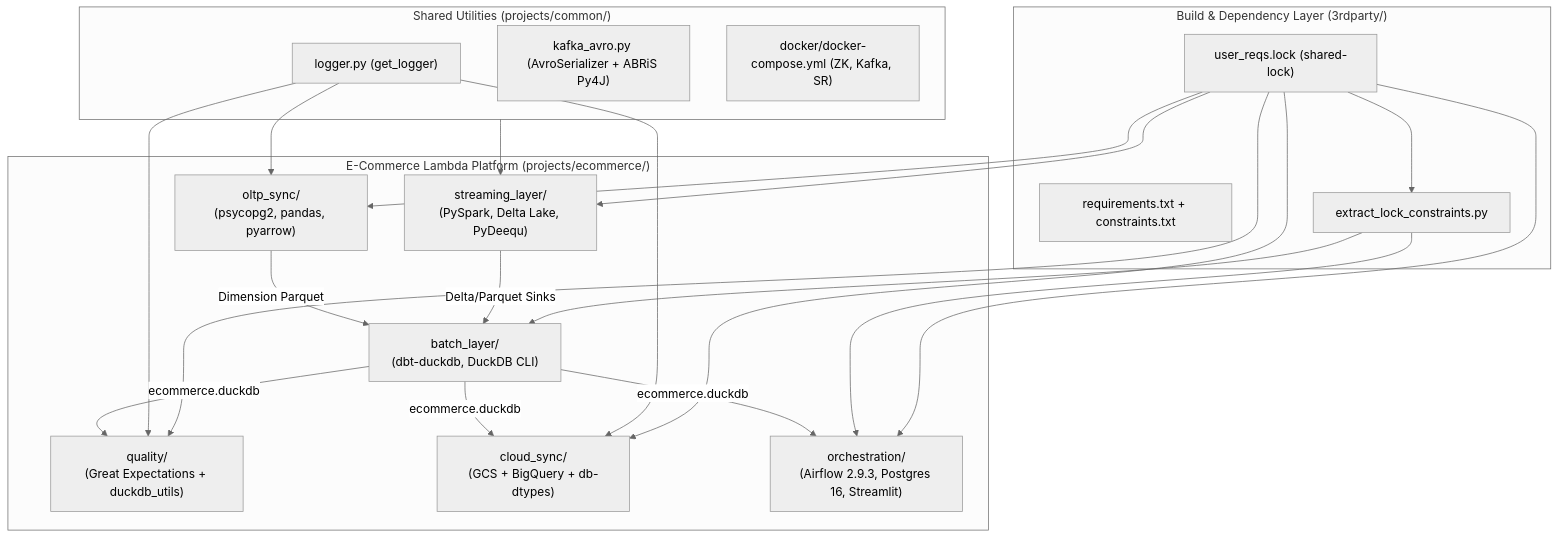
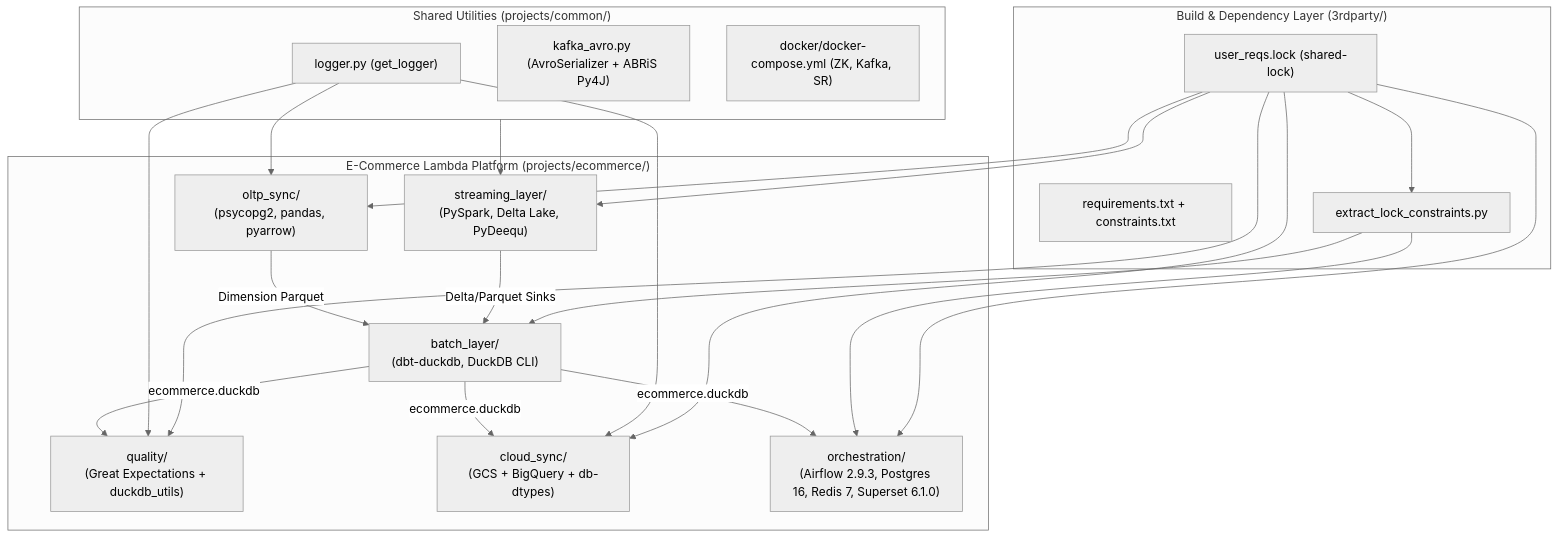
Before and after one commit to JayKay24/data-engineering: the first of 3 diagrams in docs/wiki/Architecture-Overview.md, drawn with Mermaid (neutral theme). The commit also changed other lines of this file and 53 other files, not shown here.

Commit message:
feat(bi): replace Streamlit and Plotly with Apache Superset 6.1.0 and Dashboards-as-Code

````diff
--- a/docs/wiki/Architecture-Overview.md
+++ b/docs/wiki/Architecture-Overview.md
@@ -7,34 +7,34 @@
 ```mermaid
 flowchart TD
   subgraph Root ["Build & Dependency Layer (3rdparty/)"]
     Reqs["requirements.txt + constraints.txt"]
     Lock["user_reqs.lock (shared-lock)"]
     Extractor["extract_lock_constraints.py"]
   end
 
   subgraph Shared ["Shared Utilities (projects/common/)"]
     Logger["logger.py (get_logger)"]
     KafkaAvro["kafka_avro.py (AvroSerializer + ABRiS Py4J)"]
     KafkaDocker["docker/docker-compose.yml (ZK, Kafka, SR)"]
   end
 
   subgraph Platform ["E-Commerce Lambda Platform (projects/ecommerce/)"]
     Stream["streaming_layer/<br/>(PySpark, Delta Lake, PyDeequ)"]
     OLTP["oltp_sync/<br/>(psycopg2, pandas, pyarrow)"]
     Batch["batch_layer/<br/>(dbt-duckdb, DuckDB CLI)"]
     Quality["quality/<br/>(Great Expectations + duckdb_utils)"]
     Cloud["cloud_sync/<br/>(GCS + BigQuery + db-dtypes)"]
-    Orch["orchestration/<br/>(Airflow 2.9.3, Postgres 16, Streamlit)"]
+    Orch["orchestration/<br/>(Airflow 2.9.3, Postgres 16, Redis 7, Superset 6.1.0)"]
   end
 
   Lock --> Extractor
   Lock --> Stream & OLTP & Quality & Cloud & Orch
   Extractor --> Batch & Orch
 
   Shared --> Stream
   Logger --> OLTP & Quality & Cloud
 
   Stream -->|Delta/Parquet Sinks| Batch
   OLTP -->|Dimension Parquet| Batch
   Batch -->|ecommerce.duckdb| Quality & Cloud & Orch
 ```
````
